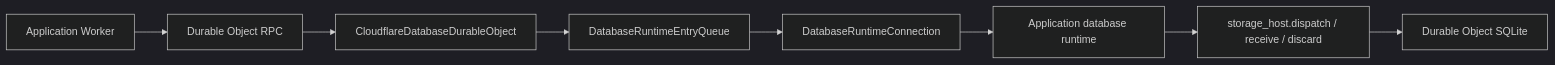
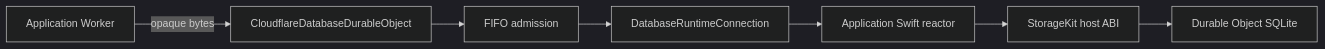
One commit to 1amageek/database-framework-cloudflare changed the diagram in Workers/CloudflareDatabaseRuntime/README.md. Above: the diagram before and after it, drawn with Mermaid (dark theme). The commit also changed other lines of this file and 93 other files, not shown here.

Commit message:
Make Cloudflare an application database adapter

````diff
--- a/Workers/CloudflareDatabaseRuntime/README.md
+++ b/Workers/CloudflareDatabaseRuntime/README.md
@@ -8,10 +6,9 @@
 ```mermaid
 flowchart LR
-  Worker["Application Worker"] --> RPC["Durable Object RPC"]
-  RPC --> DO["CloudflareDatabaseDurableObject"]
-  DO --> Queue["DatabaseRuntimeEntryQueue"]
+  Worker["Application Worker"] -->|"opaque bytes"| DO["CloudflareDatabaseDurableObject"]
+  DO --> Queue["FIFO admission"]
   Queue --> Connection["DatabaseRuntimeConnection"]
-  Connection --> Runtime["Application database runtime"]
-  Runtime --> Storage["storage_host.dispatch / receive / discard"]
+  Connection --> Reactor["Application Swift reactor"]
+  Reactor --> Storage["StorageKit host ABI"]
   Storage --> SQLite["Durable Object SQLite"]
 ```
````
